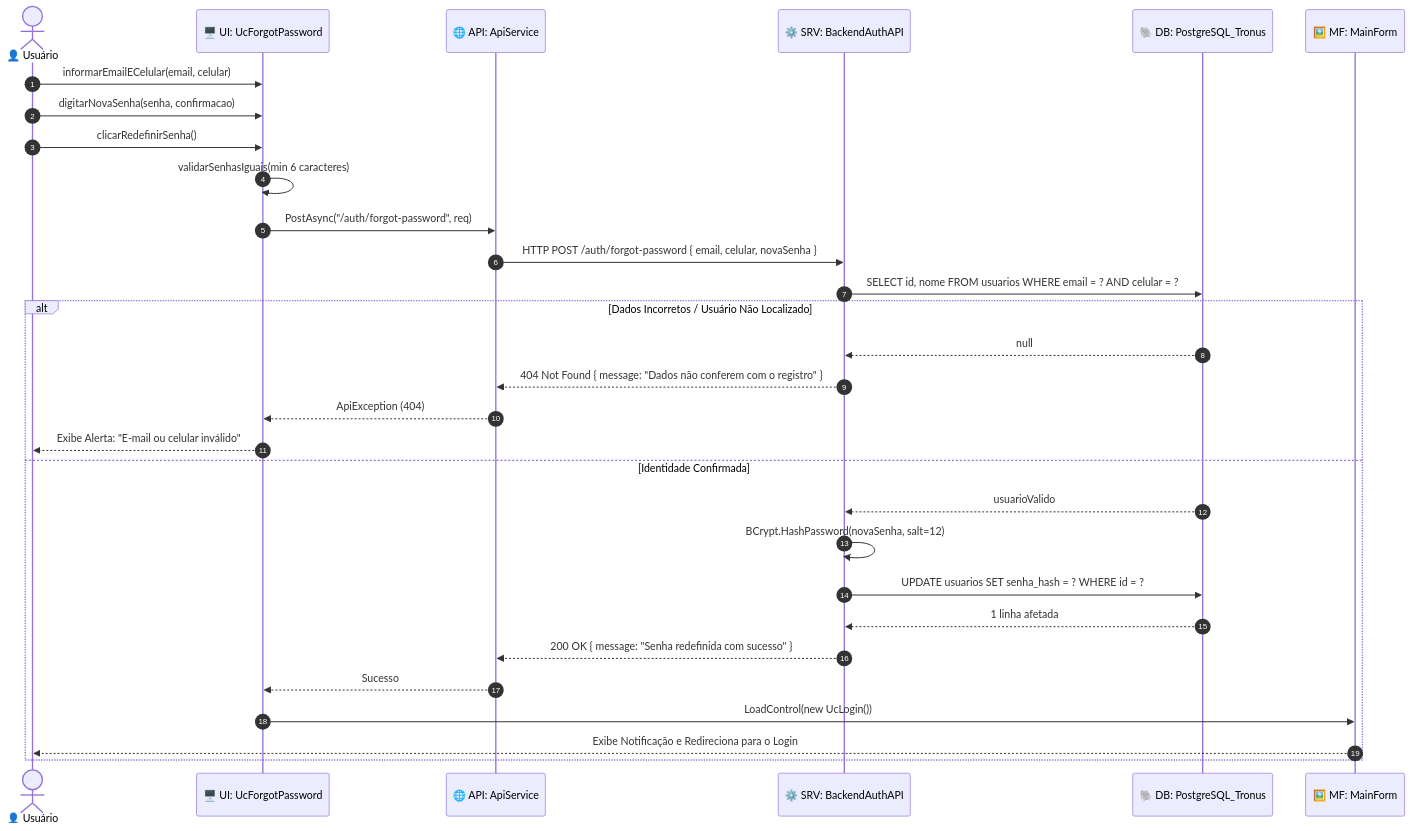
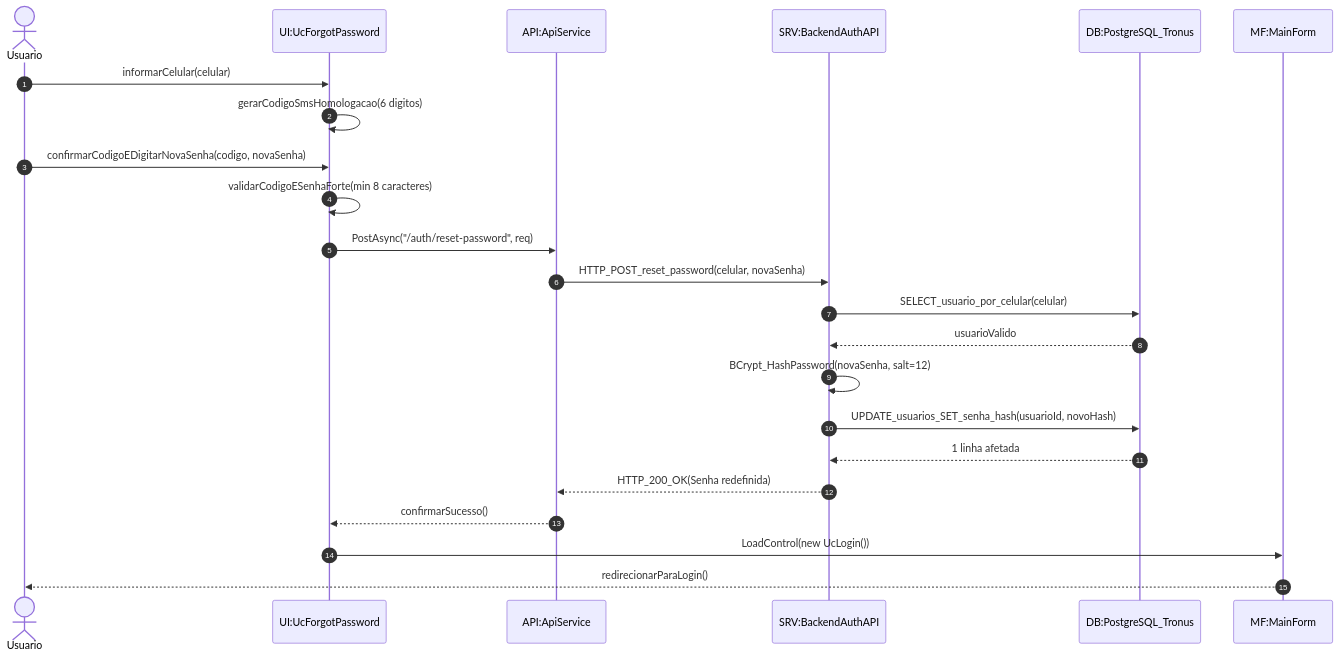
One commit to Pim-Unip2025/desktop changed the fifth of 12 diagrams in DiagramaDeSequencia.md. Above: the diagram before and after it, drawn with Mermaid. The commit also changed other lines of this file and 66 other files, not shown here.

Commit message:
feat(desktop): adiciona Setup/QA Runner com teste de rede, acessibilidade tipografica, listagem completa no Admin e reorganiza diagramas UML (Classes, Atividades e Sequencia)

````diff
--- a/DiagramaDeSequencia.md
+++ b/DiagramaDeSequencia.md
@@ -296,34 +216,26 @@
 ```mermaid
 sequenceDiagram
     autonumber
-    actor Usuario as 👤 Usuário
-    participant UI as 🖥️ UI: UcForgotPassword
-    participant API as 🌐 API: ApiService
-    participant SRV as ⚙️ SRV: BackendAuthAPI
-    participant DB as 🐘 DB: PostgreSQL_Tronus
-    participant MF as 🖼️ MF: MainForm
+    actor Usuario as Usuario
+    participant UI as UI:UcForgotPassword
+    participant API as API:ApiService
+    participant SRV as SRV:BackendAuthAPI
+    participant DB as DB:PostgreSQL_Tronus
+    participant MF as MF:MainForm
 
-    Usuario->>UI: informarEmailECelular(email, celular)
-    Usuario->>UI: digitarNovaSenha(senha, confirmacao)
-    Usuario->>UI: clicarRedefinirSenha()
-    UI->>UI: validarSenhasIguais(min 6 caracteres)
-    UI->>API: PostAsync("/auth/forgot-password", req)
-    API->>SRV: HTTP POST /auth/forgot-password { email, celular, novaSenha }
-    SRV->>DB: SELECT id, nome FROM usuarios WHERE email = ? AND celular = ?
-    
-    alt Dados Incorretos / Usuário Não Localizado
-        DB-->>SRV: null
-        SRV-->>API: 404 Not Found { message: "Dados não conferem com o registro" }
-        API-->>UI: ApiException (404)
-        UI-->>Usuario: Exibe Alerta: "E-mail ou celular inválido"
-    else Identidade Confirmada
-        DB-->>SRV: usuarioValido
-        SRV->>SRV: BCrypt.HashPassword(novaSenha, salt=12)
-        SRV->>DB: UPDATE usuarios SET senha_hash = ? WHERE id = ?
-        DB-->>SRV: 1 linha afetada
-        SRV-->>API: 200 OK { message: "Senha redefinida com sucesso" }
-        API-->>UI: Sucesso
-        UI->>MF: LoadControl(new UcLogin())
-        MF-->>Usuario: Exibe Notificação e Redireciona para o Login
-    end
+    Usuario->>UI: informarCelular(celular)
+    UI->>UI: gerarCodigoSmsHomologacao(6 digitos)
+    Usuario->>UI: confirmarCodigoEDigitarNovaSenha(codigo, novaSenha)
+    UI->>UI: validarCodigoESenhaForte(min 8 caracteres)
+    UI->>API: PostAsync("/auth/reset-password", req)
+    API->>SRV: HTTP_POST_reset_password(celular, novaSenha)
+    SRV->>DB: SELECT_usuario_por_celular(celular)
+    DB-->>SRV: usuarioValido
+    SRV->>SRV: BCrypt_HashPassword(novaSenha, salt=12)
+    SRV->>DB: UPDATE_usuarios_SET_senha_hash(usuarioId, novoHash)
+    DB-->>SRV: 1 linha afetada
+    SRV-->>API: HTTP_200_OK(Senha redefinida)
+    API-->>UI: confirmarSucesso()
+    UI->>MF: LoadControl(new UcLogin())
+    MF-->>Usuario: redirecionarParaLogin()
 ```
````
